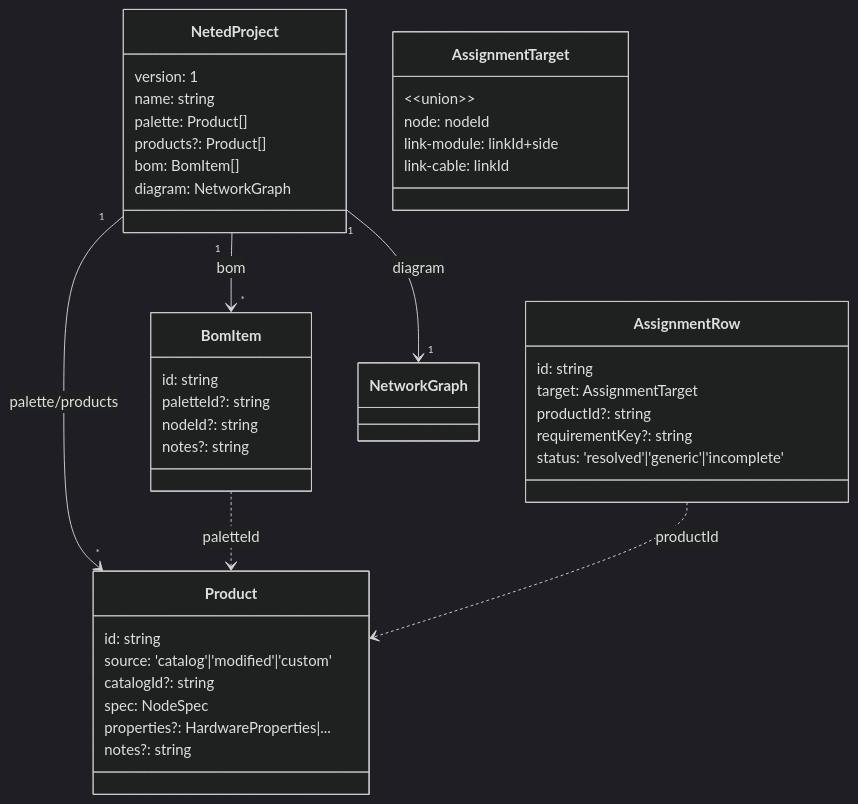
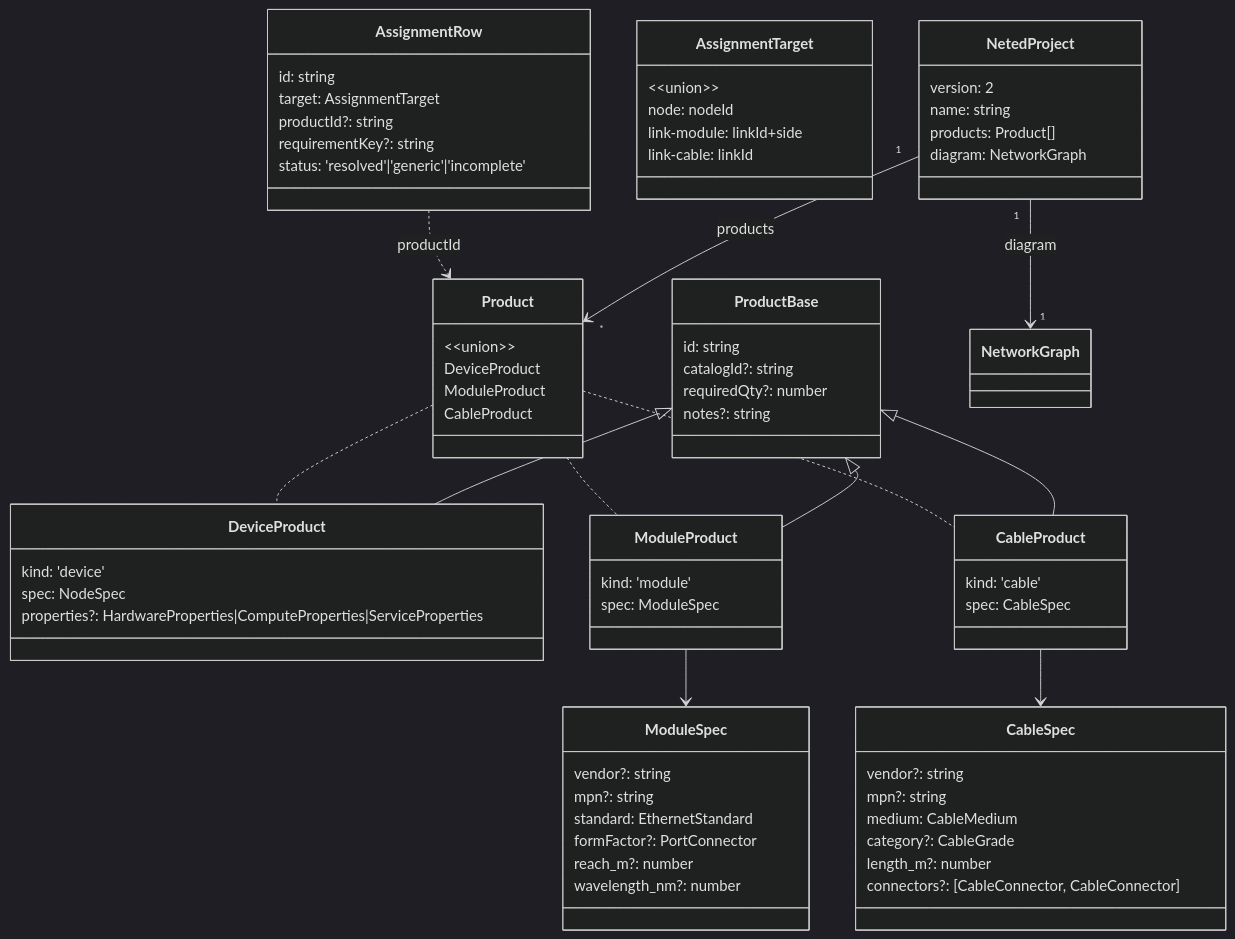
The third of 4 diagrams in apps/editor/docs/data-architecture-review.md (konoe-akitoshi/shumoku), drawn with Mermaid (dark theme) before and after one commit. The commit also changed other lines of this file and 1 other file, not shown here.

First line of the commit message:
docs(editor): finalize data-architecture-review as reference doc

````diff
--- a/apps/editor/docs/data-architecture-review.md
+++ b/apps/editor/docs/data-architecture-review.md
@@ -133,27 +135,57 @@
 ```mermaid
 classDiagram
   class Product {
+    &lt;&lt;union&gt;&gt;
+    DeviceProduct
+    ModuleProduct
+    CableProduct
+  }
+
+  class ProductBase {
     id: string
-    source: 'catalog'|'modified'|'custom'
     catalogId?: string
-    spec: NodeSpec
-    properties?: HardwareProperties|...
+    requiredQty?: number
     notes?: string
   }
 
-  class BomItem {
-    id: string
-    paletteId?: string
-    nodeId?: string
-    notes?: string
+  class DeviceProduct {
+    kind: 'device'
+    spec: NodeSpec
+    properties?: HardwareProperties|ComputeProperties|ServiceProperties
+  }
+
+  class ModuleProduct {
+    kind: 'module'
+    spec: ModuleSpec
+  }
+
+  class CableProduct {
+    kind: 'cable'
+    spec: CableSpec
+  }
+
+  class ModuleSpec {
+    vendor?: string
+    mpn?: string
+    standard: EthernetStandard
+    formFactor?: PortConnector
+    reach_m?: number
+    wavelength_nm?: number
+  }
+
+  class CableSpec {
+    vendor?: string
+    mpn?: string
+    medium: CableMedium
+    category?: CableGrade
+    length_m?: number
+    connectors?: [CableConnector, CableConnector]
   }
 
   class NetedProject {
-    version: 1
+    version: 2
     name: string
-    palette: Product[]
-    products?: Product[]
-    bom: BomItem[]
+    products: Product[]
     diagram: NetworkGraph
   }
 
@@ -172,9 +204,15 @@
     status: 'resolved'|'generic'|'incomplete'
   }
 
-  NetedProject "1" --> "*" Product : palette/products
-  NetedProject "1" --> "*" BomItem : bom
+  ProductBase <|-- DeviceProduct
+  ProductBase <|-- ModuleProduct
+  ProductBase <|-- CableProduct
+  Product .. DeviceProduct
+  Product .. ModuleProduct
+  Product .. CableProduct
+  ModuleProduct --> ModuleSpec
+  CableProduct --> CableSpec
+  NetedProject "1" --> "*" Product : products
   NetedProject "1" --> "1" NetworkGraph : diagram
-  BomItem ..> Product : paletteId
   AssignmentRow ..> Product : productId
 ```
````
